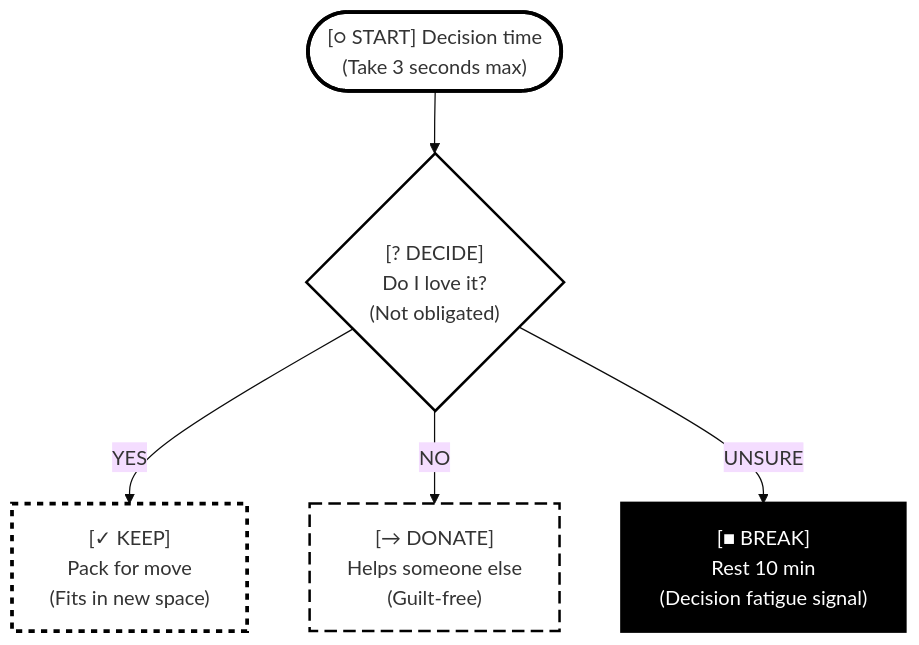
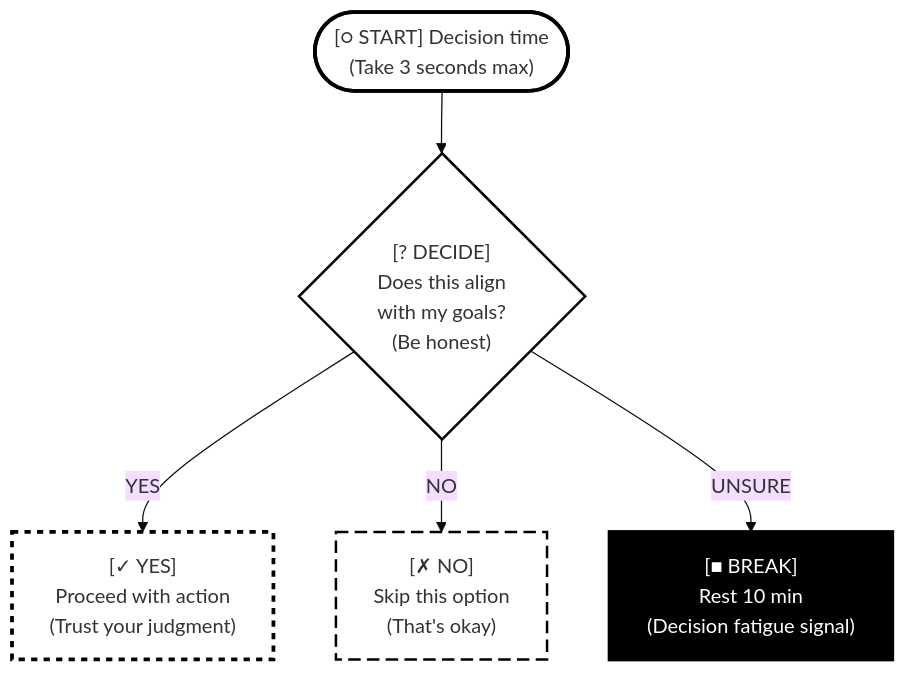
The third of 14 diagrams in SKILL.md (JackReis/neurodivergent-visual-org), drawn with Mermaid before and after one commit. The commit also changed other lines of this file, not shown here.

````diff
--- a/SKILL.md
+++ b/SKILL.md
@@ -306,20 +308,20 @@
 ```mermaid
 %%{init: {'theme':'base'}}%%
 flowchart TD
     Start(["[○ START] Decision time<br/>(Take 3 seconds max)"])
-    Q1{"[? DECIDE]<br/>Do I love it?<br/>(Not obligated)"}
-    Keep["[✓ KEEP]<br/>Pack for move<br/>(Fits in new space)"]
-    Donate["[→ DONATE]<br/>Helps someone else<br/>(Guilt-free)"]
+    Q1{"[? DECIDE]<br/>Does this align<br/>with my goals?<br/>(Be honest)"}
+    Yes["[✓ YES]<br/>Proceed with action<br/>(Trust your judgment)"]
+    No["[✗ NO]<br/>Skip this option<br/>(That's okay)"]
     Break["[■ BREAK]<br/>Rest 10 min<br/>(Decision fatigue signal)"]
 
     Start --> Q1
-    Q1 -->|YES| Keep
-    Q1 -->|NO| Donate
+    Q1 -->|YES| Yes
+    Q1 -->|NO| No
     Q1 -->|UNSURE| Break
 
     style Start fill:#ffffff,stroke:#000000,stroke-width:3px
     style Q1 fill:#ffffff,stroke:#000000,stroke-width:2px
-    style Keep fill:#ffffff,stroke:#000000,stroke-width:3px,stroke-dasharray: 5 5
-    style Donate fill:#ffffff,stroke:#000000,stroke-width:2px,stroke-dasharray: 10 5
+    style Yes fill:#ffffff,stroke:#000000,stroke-width:3px,stroke-dasharray: 5 5
+    style No fill:#ffffff,stroke:#000000,stroke-width:2px,stroke-dasharray: 10 5
     style Break fill:#000000,stroke:#000000,stroke-width:3px,color:#ffffff
 ```
````
